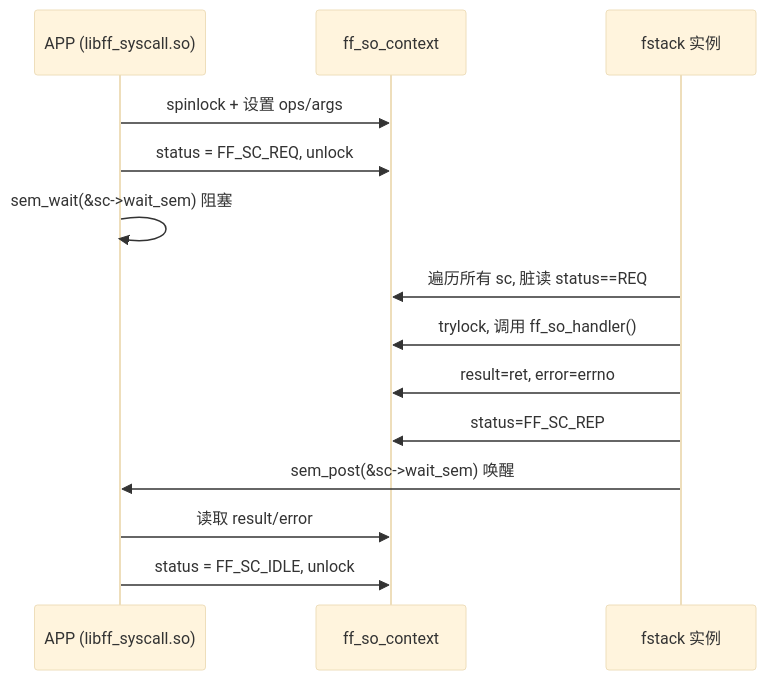
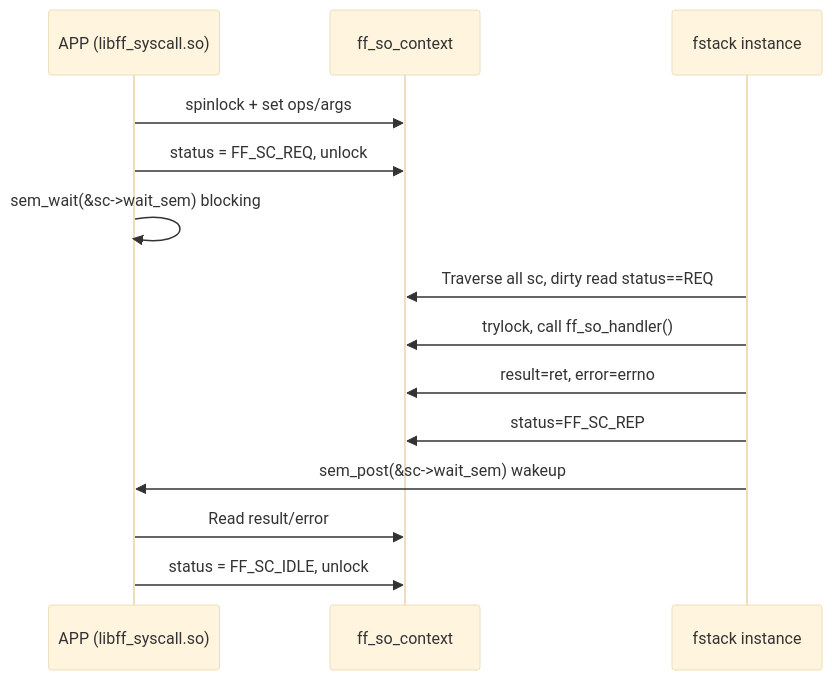
One commit to F-Stack/f-stack changed the first of 2 diagrams in docs/ld_preload_ring_spec/02-architecture-design-spec.md. Above: the diagram before and after it, drawn with Mermaid (base theme). The commit also changed other lines of this file and 7 other files, not shown here.

````diff
--- a/docs/ld_preload_ring_spec/02-architecture-design-spec.md
+++ b/docs/ld_preload_ring_spec/02-architecture-design-spec.md
@@ -597,19 +597,19 @@
 ```mermaid
 sequenceDiagram
     participant APP as APP (libff_syscall.so)
     participant SC as ff_so_context
-    participant FS as fstack 实例
+    participant FS as fstack instance
 
-    APP->>SC: spinlock + 设置 ops/args
+    APP->>SC: spinlock + set ops/args
     APP->>SC: status = FF_SC_REQ, unlock
-    APP->>APP: sem_wait(&sc->wait_sem) 阻塞
+    APP->>APP: sem_wait(&sc->wait_sem) blocking
 
-    FS->>SC: 遍历所有 sc, 脏读 status==REQ
-    FS->>SC: trylock, 调用 ff_so_handler()
+    FS->>SC: Traverse all sc, dirty read status==REQ
+    FS->>SC: trylock, call ff_so_handler()
     FS->>SC: result=ret, error=errno
     FS->>SC: status=FF_SC_REP
-    FS->>APP: sem_post(&sc->wait_sem) 唤醒
+    FS->>APP: sem_post(&sc->wait_sem) wakeup
 
-    APP->>SC: 读取 result/error
+    APP->>SC: Read result/error
     APP->>SC: status = FF_SC_IDLE, unlock
 ```
````
